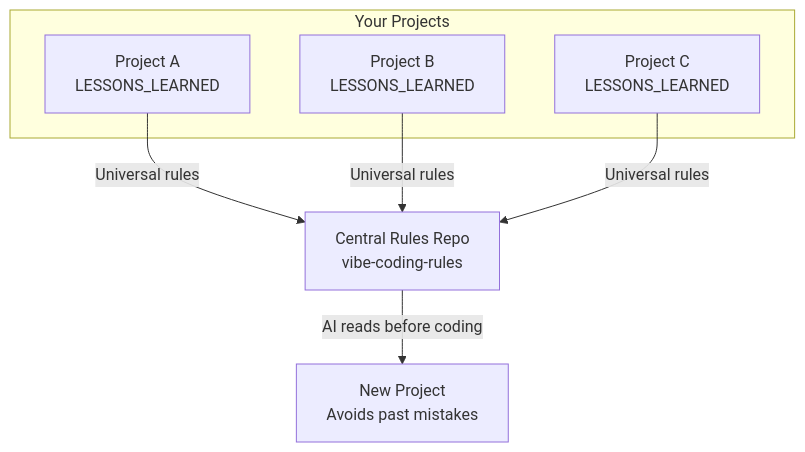
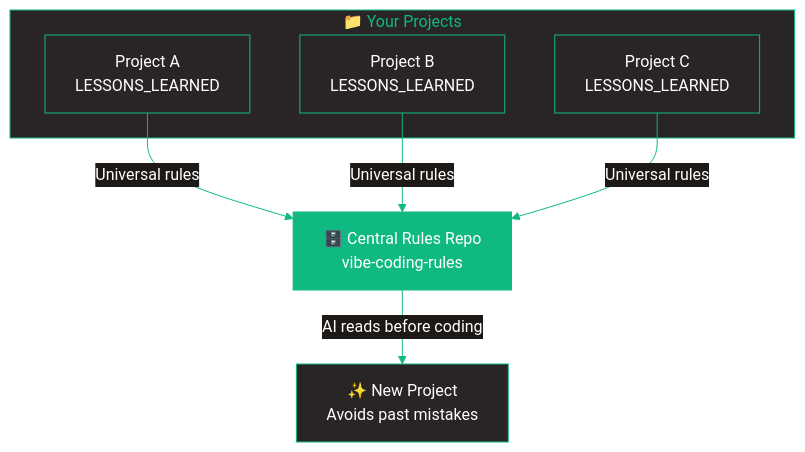
The second of 2 diagrams in README.md (Penny777btc/vibe-coding-rules), drawn with Mermaid before and after one commit. The commit also changed other lines of this file, not shown here.

Commit message:
Apply emerald terminal theme to Mermaid diagrams

````diff
--- a/README.md
+++ b/README.md
@@ -172,16 +179,23 @@
 ```mermaid
+%%{init: {'theme': 'base', 'themeVariables': { 'primaryColor': '#10B981', 'primaryTextColor': '#fff', 'primaryBorderColor': '#10B981', 'lineColor': '#10B981', 'secondaryColor': '#1C1917', 'tertiaryColor': '#292524', 'background': '#1C1917', 'mainBkg': '#1C1917', 'nodeBorder': '#10B981', 'clusterBkg': '#292524', 'clusterBorder': '#10B981', 'titleColor': '#10B981', 'edgeLabelBackground': '#1C1917'}}}%%
 flowchart TB
-    subgraph Projects[Your Projects]
-        A[Project A<br/>LESSONS_LEARNED]
-        B[Project B<br/>LESSONS_LEARNED]
-        C[Project C<br/>LESSONS_LEARNED]
+    subgraph Projects[" 📁 Your Projects "]
+        A["Project A<br/>LESSONS_LEARNED"]
+        B["Project B<br/>LESSONS_LEARNED"]
+        C["Project C<br/>LESSONS_LEARNED"]
     end
 
-    A -->|Universal rules| Central
-    B -->|Universal rules| Central
-    C -->|Universal rules| Central
+    A -->|"Universal rules"| Central
+    B -->|"Universal rules"| Central
+    C -->|"Universal rules"| Central
 
-    Central[Central Rules Repo<br/>vibe-coding-rules]
+    Central["🗄️ Central Rules Repo<br/>vibe-coding-rules"]
 
-    Central -->|AI reads before coding| New[New Project<br/>Avoids past mistakes]
+    Central -->|"AI reads before coding"| New["✨ New Project<br/>Avoids past mistakes"]
+
+    style A fill:#292524,stroke:#10B981,color:#fff
+    style B fill:#292524,stroke:#10B981,color:#fff
+    style C fill:#292524,stroke:#10B981,color:#fff
+    style Central fill:#10B981,stroke:#10B981,color:#fff
+    style New fill:#292524,stroke:#10B981,color:#fff
 ```
````
